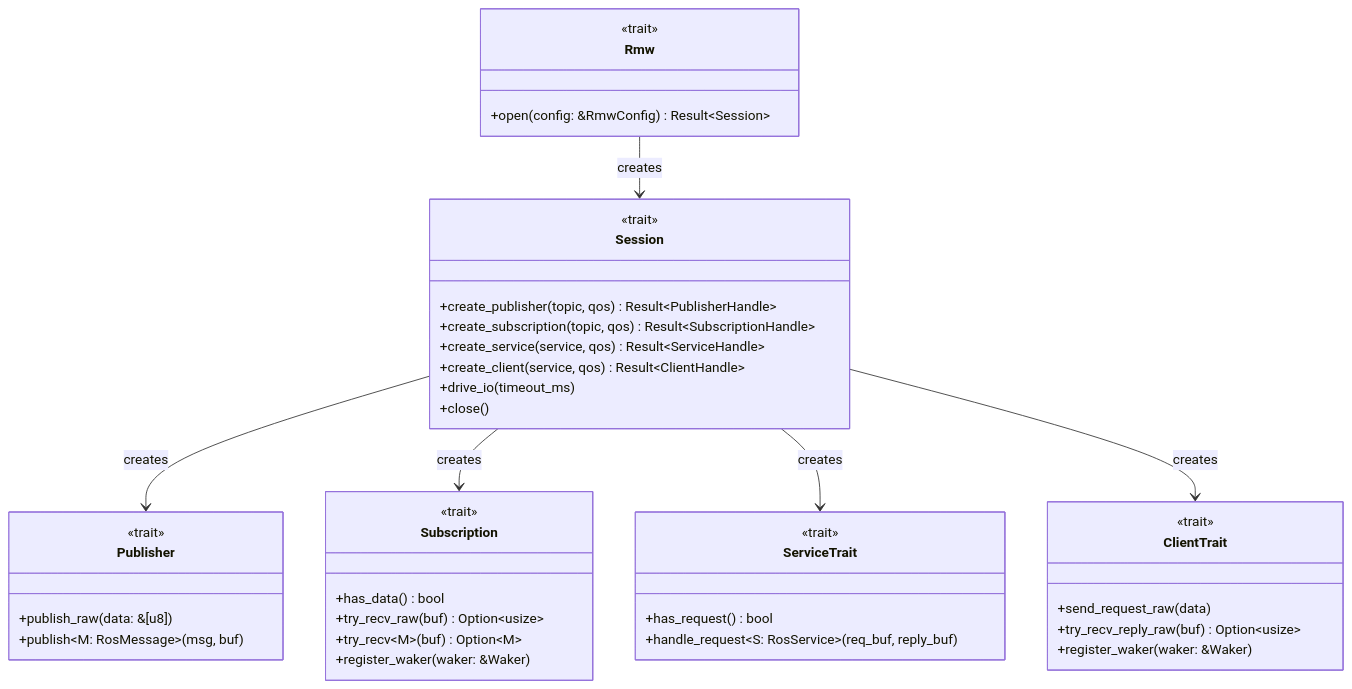
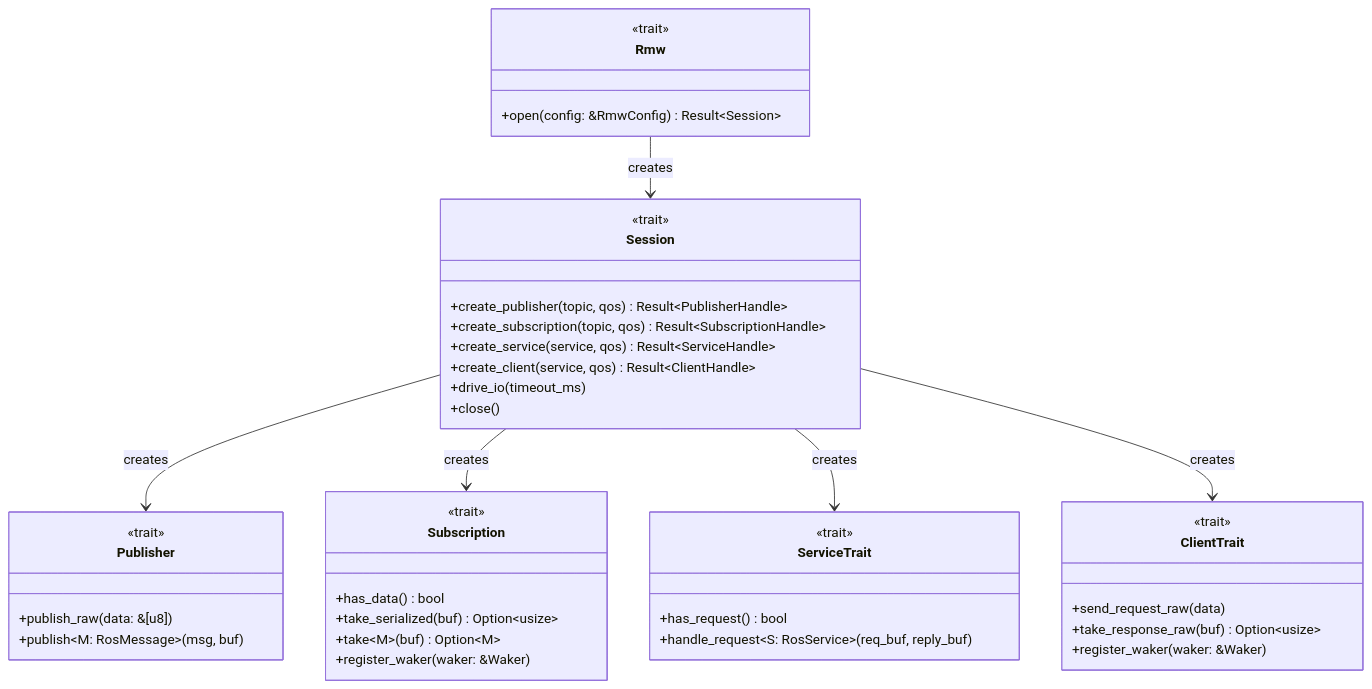
Before and after one commit to NEWSLabNTU/nano-ros: the third of 14 diagrams in docs/design/0001-architecture-overview.md, drawn with Mermaid. The commit also changed other lines of this file and 183 other files, not shown here.

````diff
--- a/docs/design/0001-architecture-overview.md
+++ b/docs/design/0001-architecture-overview.md
@@ -233,50 +233,50 @@
 ```mermaid
 classDiagram
     class Rmw {
         <<trait>>
         +open(config: &RmwConfig) Result~Session~
     }
 
     class Session {
         <<trait>>
         +create_publisher(topic, qos) Result~PublisherHandle~
         +create_subscription(topic, qos) Result~SubscriptionHandle~
         +create_service(service, qos) Result~ServiceHandle~
         +create_client(service, qos) Result~ClientHandle~
         +drive_io(timeout_ms)
         +close()
     }
 
     class Publisher {
         <<trait>>
         +publish_raw(data: &[u8])
         +publish~M: RosMessage~(msg, buf)
     }
 
     class Subscription {
         <<trait>>
         +has_data() bool
-        +try_recv_raw(buf) Option~usize~
-        +try_recv~M~(buf) Option~M~
+        +take_serialized(buf) Option~usize~
+        +take~M~(buf) Option~M~
         +register_waker(waker: &Waker)
     }
 
     class ServiceTrait {
         <<trait>>
         +has_request() bool
         +handle_request~S: RosService~(req_buf, reply_buf)
     }
 
     class ClientTrait {
         <<trait>>
         +send_request_raw(data)
-        +try_recv_reply_raw(buf) Option~usize~
+        +take_response_raw(buf) Option~usize~
         +register_waker(waker: &Waker)
     }
 
     Rmw --> Session : creates
     Session --> Publisher : creates
     Session --> Subscription : creates
     Session --> ServiceTrait : creates
     Session --> ClientTrait : creates
 ```
````
